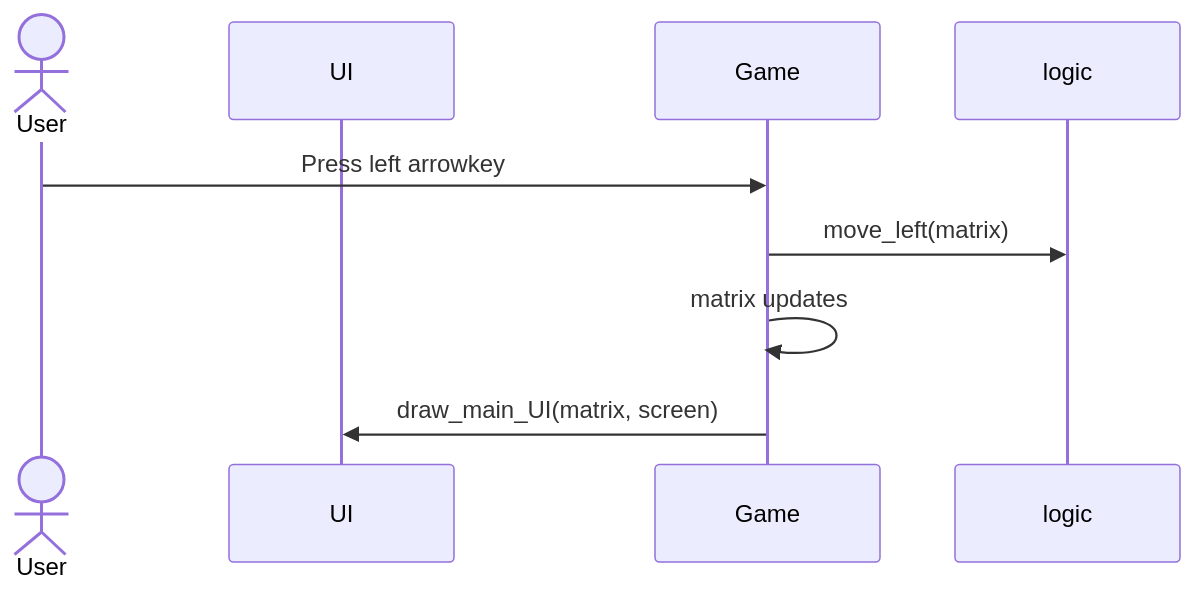
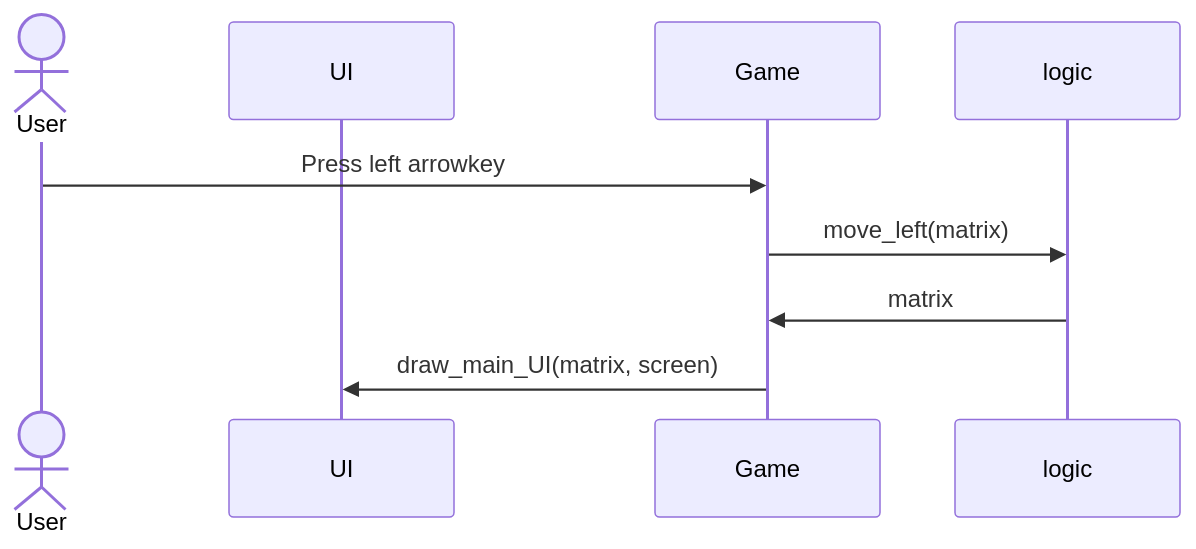
Before and after one commit to Jusq17/ot-harjoitustyo: the first of 2 diagrams in Dokumentaatio/arkkitehtuuri.md, drawn with Mermaid.

````diff
--- a/Dokumentaatio/arkkitehtuuri.md
+++ b/Dokumentaatio/arkkitehtuuri.md
@@ -44,11 +44,11 @@
 ```mermaid
 sequenceDiagram
   actor User
   participant UI
   participant Game
   participant logic
   User->>Game: Press left arrowkey
   Game->>logic: move_left(matrix)
-  Game->>Game: matrix updates
+  logic->>Game: matrix
   Game->>UI: draw_main_UI(matrix, screen)
 ```
````
